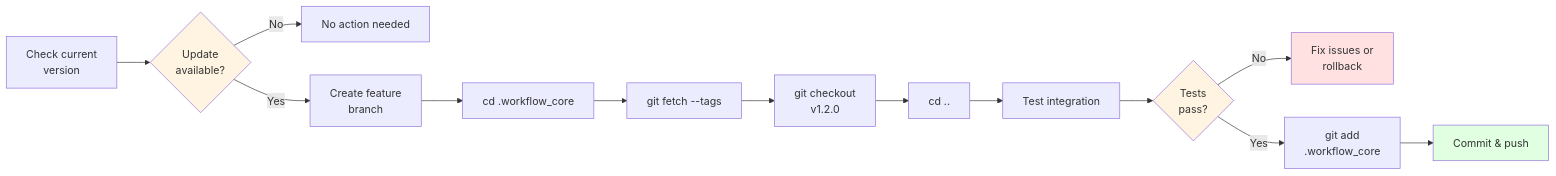
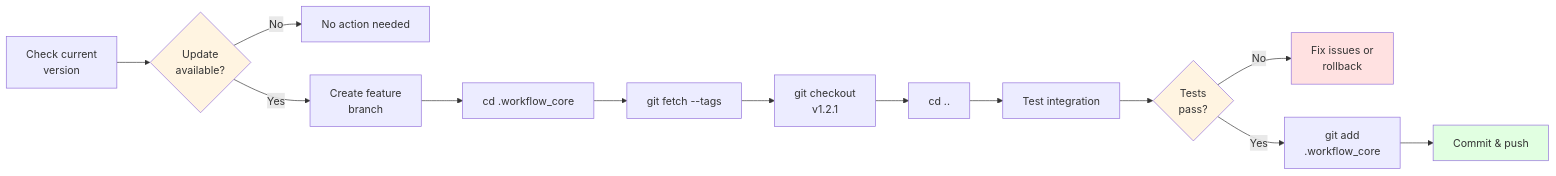
Before and after one commit to mpbarbosa/ai_workflow_core: the sixth of 23 diagrams in docs/diagrams/README.md, drawn with Mermaid. The commit also changed 46 other files, not shown here.

````diff
--- a/docs/diagrams/README.md
+++ b/docs/diagrams/README.md
@@ -196,20 +196,20 @@
 ```mermaid
 flowchart LR
     A[Check current<br/>version] --> B{Update<br/>available?}
     B -->|No| C[No action needed]
     B -->|Yes| D[Create feature<br/>branch]
     D --> E[cd .workflow_core]
     E --> F[git fetch --tags]
-    F --> G[git checkout<br/>v1.2.0]
+    F --> G[git checkout<br/>v1.2.1]
     G --> H[cd ..]
     H --> I[Test integration]
     I --> J{Tests<br/>pass?}
     J -->|No| K[Fix issues or<br/>rollback]
     J -->|Yes| L[git add<br/>.workflow_core]
     L --> M[Commit & push]
 
     style B fill:#fff4e1
     style J fill:#fff4e1
     style K fill:#ffe1e1
     style M fill:#e1ffe1
 ```
````
